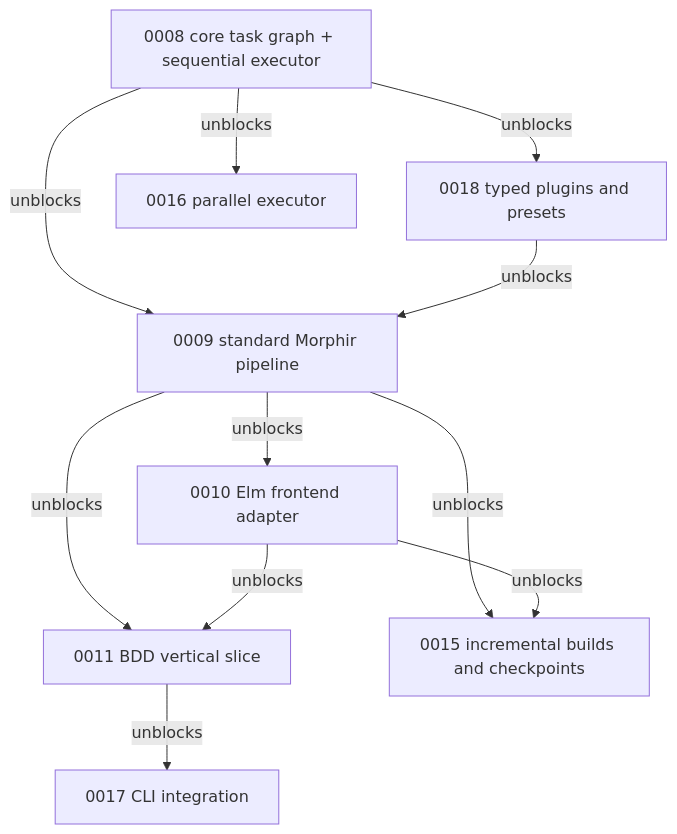
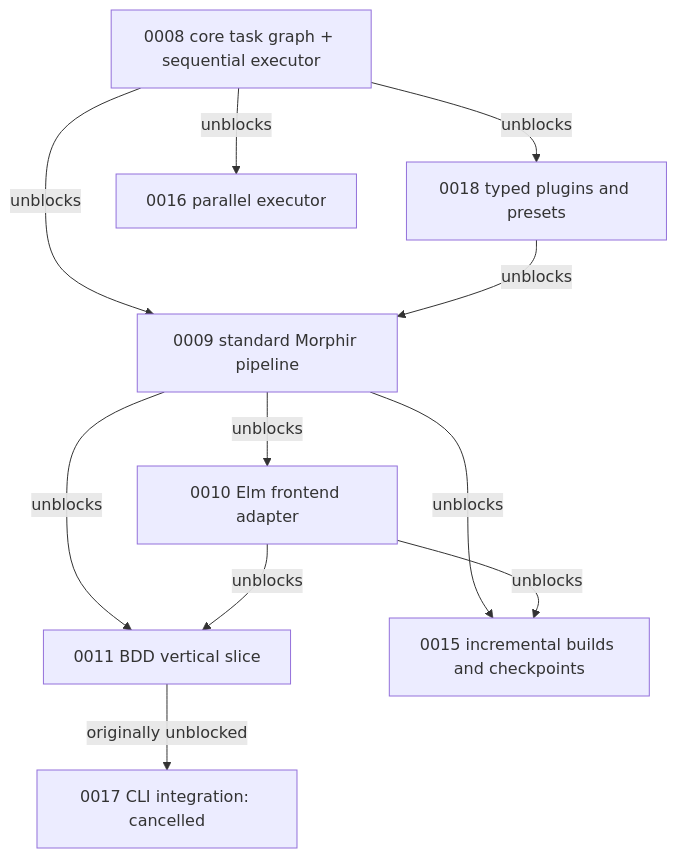
One commit to finos/morphir-scala changed the second of 2 diagrams in kb/bundles/morphir/morphir-scala/design/buildkit-task-graph.md. Above: the diagram before and after it, drawn with Mermaid. The commit also changed other lines of this file and 74 other files, not shown here.

````diff
--- a/kb/bundles/morphir/morphir-scala/design/buildkit-task-graph.md
+++ b/kb/bundles/morphir/morphir-scala/design/buildkit-task-graph.md
@@ -170,13 +170,13 @@
 ```mermaid
 flowchart TD
     I0008["0008 core task graph + sequential executor"] -->|unblocks| I0018["0018 typed plugins and presets"]
     I0008 -->|unblocks| I0009["0009 standard Morphir pipeline"]
     I0008 -->|unblocks| I0016["0016 parallel executor"]
     I0018 -->|unblocks| I0009
     I0009 -->|unblocks| I0010["0010 Elm frontend adapter"]
     I0009 -->|unblocks| I0011["0011 BDD vertical slice"]
     I0009 -->|unblocks| I0015["0015 incremental builds and checkpoints"]
     I0010 -->|unblocks| I0011
     I0010 -->|unblocks| I0015
-    I0011 -->|unblocks| I0017["0017 CLI integration"]
+    I0011 -->|originally unblocked| I0017["0017 CLI integration: cancelled"]
 ```
````
